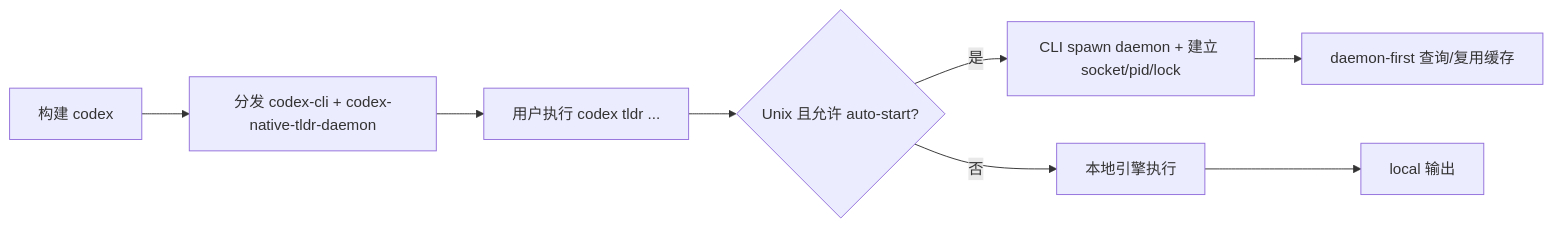
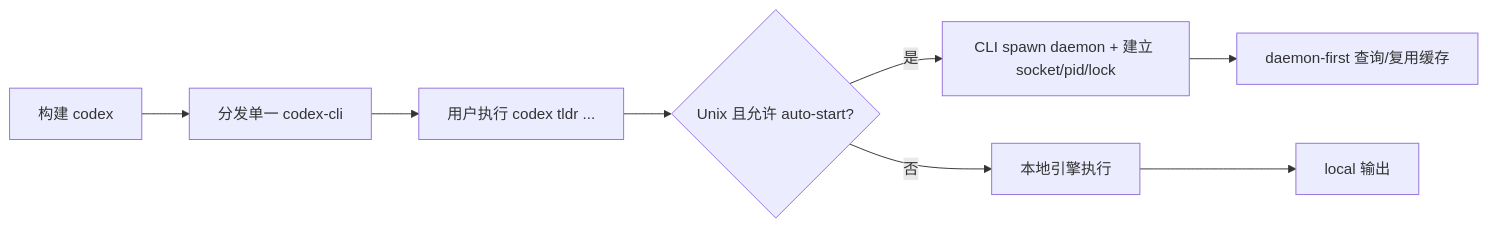
One commit to sohaha/zcodex changed the third of 3 diagrams in .agents/codex-cli-native-tldr/architecture.md. Above: the diagram before and after it, drawn with Mermaid. The commit also changed other lines of this file and 6 other files, not shown here.

Commit message:
docs: remove stale native tldr daemon references

````diff
--- a/.agents/codex-cli-native-tldr/architecture.md
+++ b/.agents/codex-cli-native-tldr/architecture.md
@@ -342,10 +340,10 @@
 ```mermaid
 graph LR
-    A[构建 codex] --> B[分发 codex-cli + codex-native-tldr-daemon]
+    A[构建 codex] --> B[分发单一 codex-cli]
     B --> C[用户执行 codex tldr ...]
     C --> D{Unix 且允许 auto-start?}
     D -->|是| E[CLI spawn daemon + 建立 socket/pid/lock]
     D -->|否| F[本地引擎执行]
     E --> G[daemon-first 查询/复用缓存]
     F --> H[local 输出]
 ```
````
